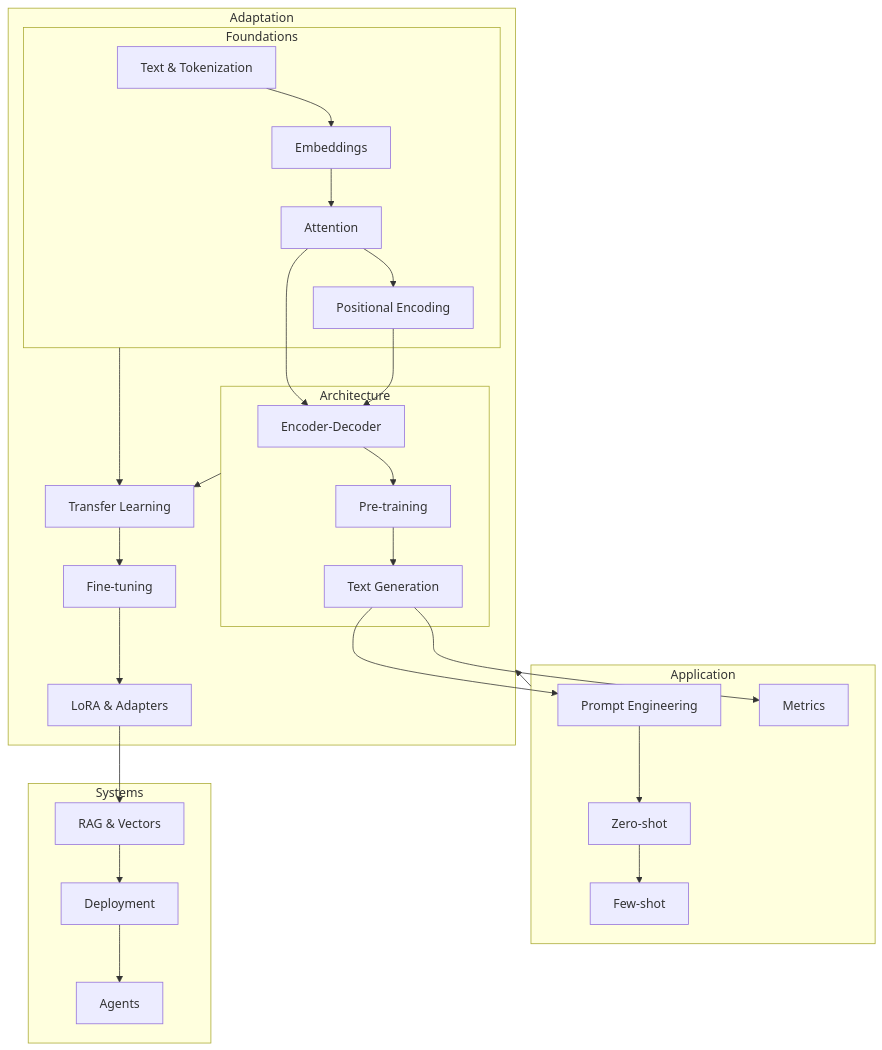
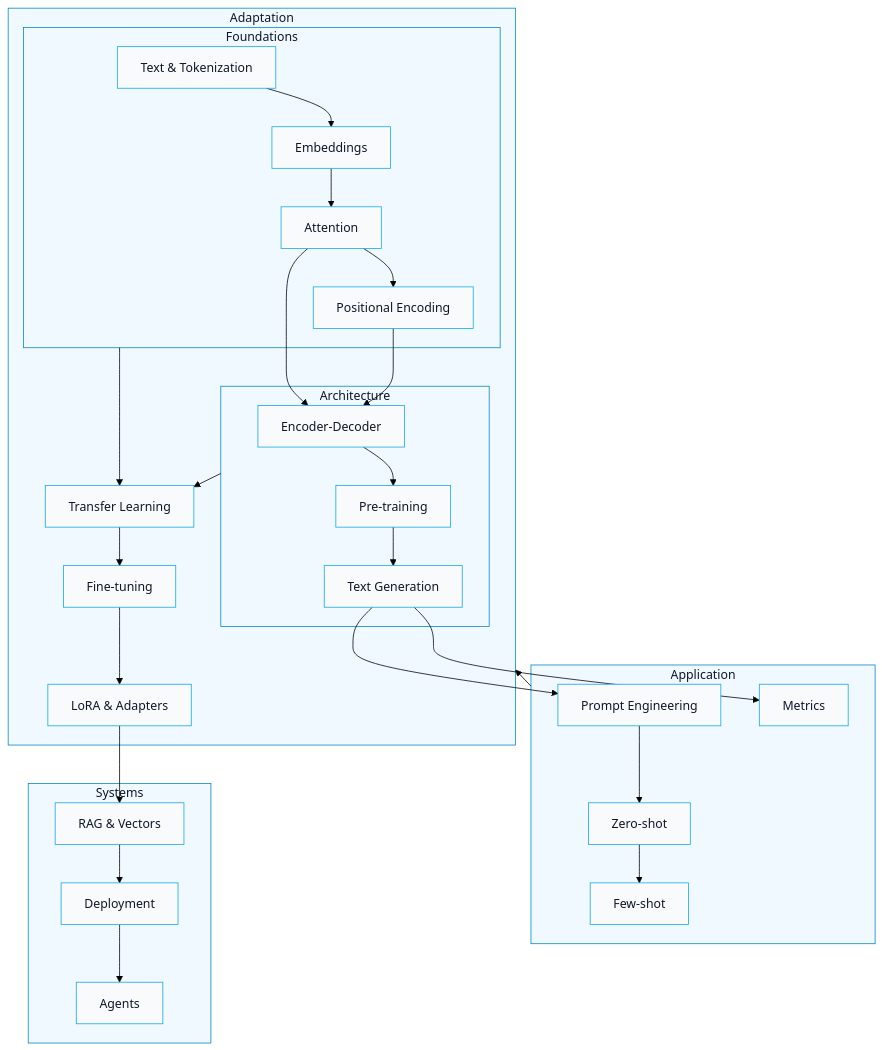
One commit to nexageapps/LLM changed the second of 7 diagrams in README.md. Above: the diagram before and after it, drawn with Mermaid. The commit also changed other lines of this file, not shown here.

````diff
--- a/README.md
+++ b/README.md
@@ -89,48 +90,49 @@
 ```mermaid
+%%{init: {'theme':'base', 'themeVariables': {'primaryTextColor':'#0f172a', 'primaryColor':'#dbeafe', 'primaryBorderColor':'#2563eb', 'secondaryTextColor':'#0f172a', 'secondaryColor':'#e0e7ff', 'tertiaryTextColor':'#0f172a', 'tertiaryColor':'#dcfce7', 'background':'#ffffff', 'mainBkg':'#f8fafc', 'textColor':'#1e293b', 'titleColor':'#0f172a', 'clusterBkg':'#f0f9ff', 'clusterBorder':'#0284c7', 'nodeBorder':'#0ea5e9', 'edgeColor':'#475569'}}}%%
 flowchart TB
     subgraph Foundations
         T[Text & Tokenization]
         E[Embeddings]
         Att[Attention]
         PE[Positional Encoding]
         T --> E --> Att --> PE
     end
 
     subgraph Architecture
         Enc[Encoder-Decoder]
         PT[Pre-training]
         TG[Text Generation]
         PE --> Enc
         Att --> Enc
         Enc --> PT --> TG
     end
 
     subgraph Application
         Prompt[Prompt Engineering]
         Zero[Zero-shot]
         Few[Few-shot]
         Eval[Metrics]
         TG --> Prompt --> Zero --> Few
         TG --> Eval
     end
 
     subgraph Adaptation
         TL[Transfer Learning]
         FT[Fine-tuning]
         LoRA[LoRA & Adapters]
         Foundations --> TL
         Architecture --> TL
         TL --> FT --> LoRA
     end
 
     subgraph Systems
         RAG[RAG & Vectors]
         Deploy[Deployment]
         Agents[Agents]
         LoRA --> RAG
         RAG --> Deploy
         Deploy --> Agents
     end
 
     Application --> Adaptation
 ```
````
